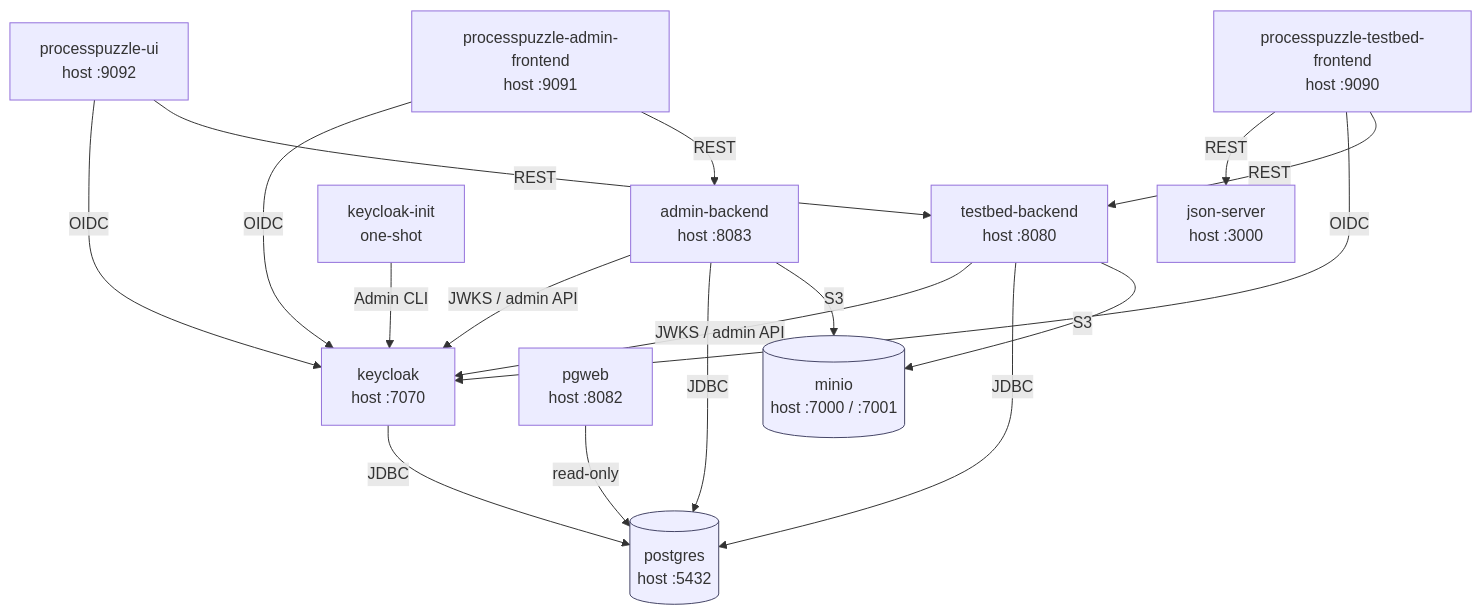
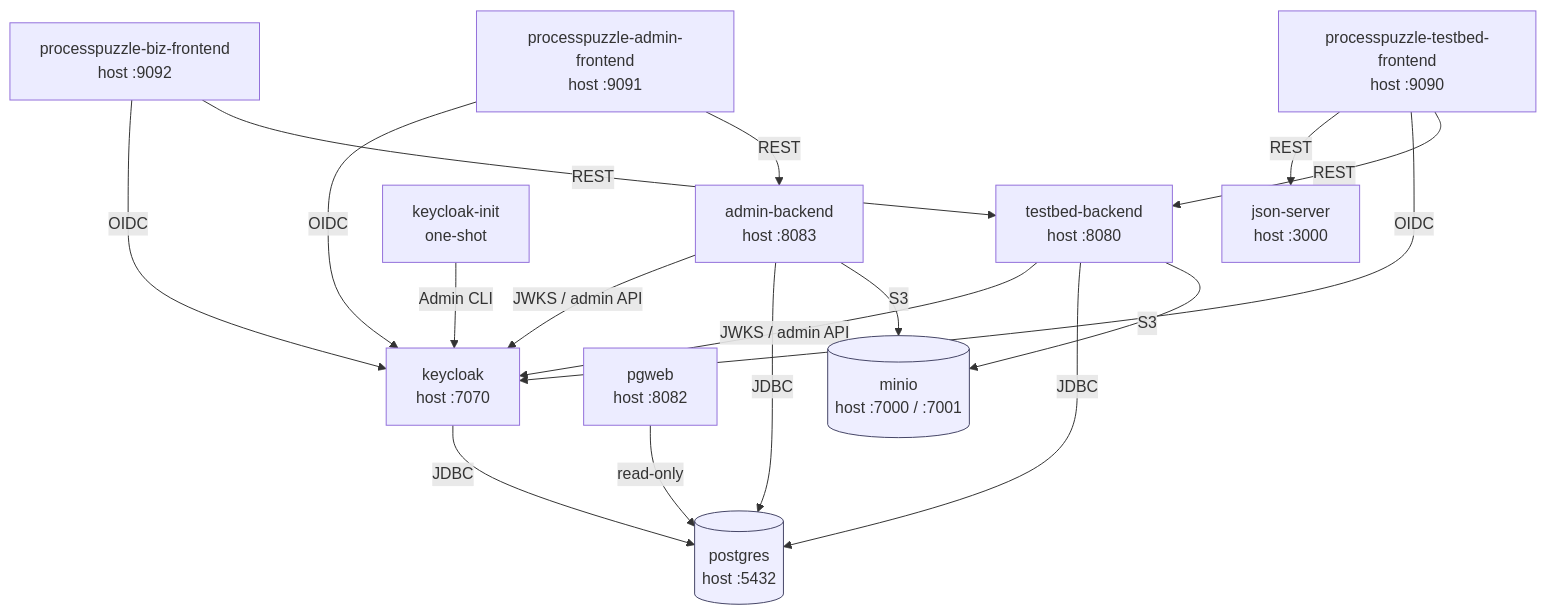
One commit to ZsZs/processpuzzle changed the diagram in tools/README.md. Above: the diagram before and after it, drawn with Mermaid. The commit also changed other lines of this file and 86 other files, not shown here.

Commit message:
fix(processpuzzle-ui): Rename to processpuzzle-biz-frontend.

````diff
--- a/tools/README.md
+++ b/tools/README.md
@@ -50,35 +50,35 @@
 ```mermaid
 graph TD
     testbed[processpuzzle-testbed-frontend<br/>host :9090]
     admin[processpuzzle-admin-frontend<br/>host :9091]
-    ui[processpuzzle-ui<br/>host :9092]
+    ui[processpuzzle-biz-frontend<br/>host :9092]
     tbackend[testbed-backend<br/>host :8080]
     abackend[admin-backend<br/>host :8083]
     keycloak[keycloak<br/>host :7070]
     kcinit[keycloak-init<br/>one-shot]
     postgres[(postgres<br/>host :5432)]
     pgweb[pgweb<br/>host :8082]
     minio[(minio<br/>host :7000 / :7001)]
     jsonserver[json-server<br/>host :3000]
 
     testbed -- REST --> tbackend
     testbed -- OIDC --> keycloak
     testbed -- REST --> jsonserver
     admin -- REST --> abackend
     admin -- OIDC --> keycloak
     ui -- REST --> tbackend
     ui -- OIDC --> keycloak
 
     tbackend -- S3 --> minio
     tbackend -- JDBC --> postgres
     tbackend -- "JWKS / admin API" --> keycloak
     abackend -- S3 --> minio
     abackend -- JDBC --> postgres
     abackend -- "JWKS / admin API" --> keycloak
     kcinit -- "Admin CLI" --> keycloak
     keycloak -- JDBC --> postgres
     pgweb -- read-only --> postgres
 
     classDef store fill:#eef,stroke:#446
     class postgres,minio store
 ```
````
